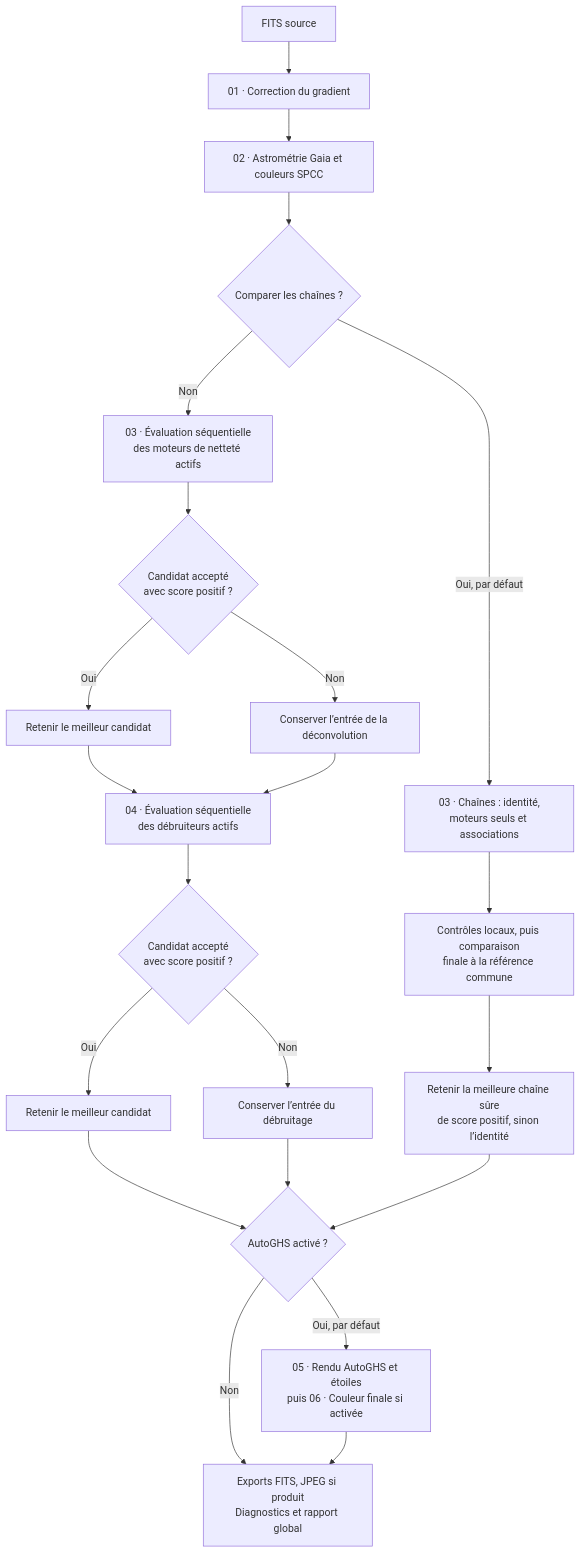
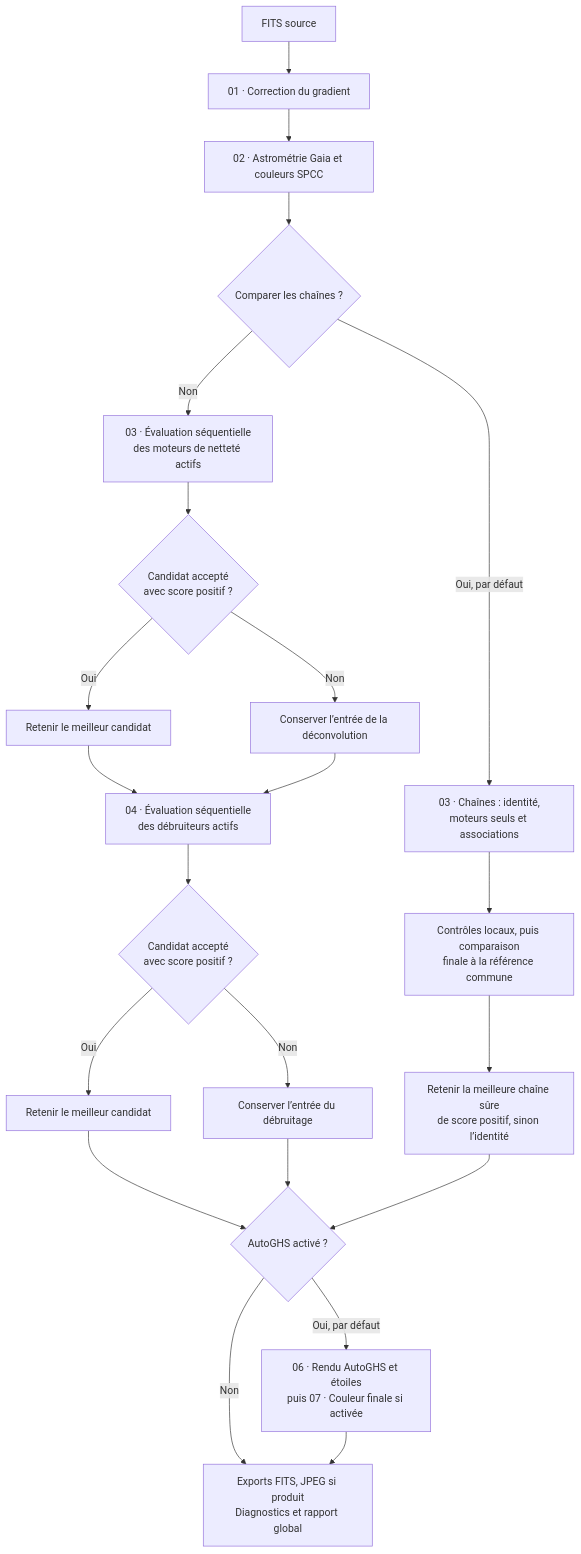
Before and after one commit to dgedgedge/SirilProcessing: the diagram in docs/scripts/postProcess/README.md, drawn with Mermaid. The commit also changed other lines of this file and 52 other files, not shown here.

````diff
--- a/docs/scripts/postProcess/README.md
+++ b/docs/scripts/postProcess/README.md
@@ -118,24 +118,24 @@
 ```mermaid
 flowchart TD
     A["FITS source"] --> G["01 · Correction du gradient"]
     G --> P["02 · Astrométrie Gaia et couleurs SPCC"]
     P --> C{"Comparer les chaînes ?"}
     C -->|Non| D["03 · Évaluation séquentielle<br/>des moteurs de netteté actifs"]
     D --> V{"Candidat accepté<br/>avec score positif ?"}
     V -->|Oui| S["Retenir le meilleur candidat"]
     V -->|Non| E["Conserver l’entrée de la déconvolution"]
     S --> N["04 · Évaluation séquentielle<br/>des débruiteurs actifs"]
     E --> N
     N --> Q{"Candidat accepté<br/>avec score positif ?"}
     Q -->|Oui| B["Retenir le meilleur candidat"]
     Q -->|Non| O["Conserver l’entrée du débruitage"]
     C -->|Oui, par défaut| H["03 · Chaînes : identité,<br/>moteurs seuls et associations"]
     H --> I["Contrôles locaux, puis comparaison<br/>finale à la référence commune"]
     I --> T["Retenir la meilleure chaîne sûre<br/>de score positif, sinon l’identité"]
     B --> U{"AutoGHS activé ?"}
     O --> U
     T --> U
-    U -->|Oui, par défaut| F["05 · Rendu AutoGHS et étoiles<br/>puis 06 · Couleur finale si activée"]
+    U -->|Oui, par défaut| F["06 · Rendu AutoGHS et étoiles<br/>puis 07 · Couleur finale si activée"]
     U -->|Non| R["Exports FITS, JPEG si produit<br/>Diagnostics et rapport global"]
     F --> R
 ```
````
